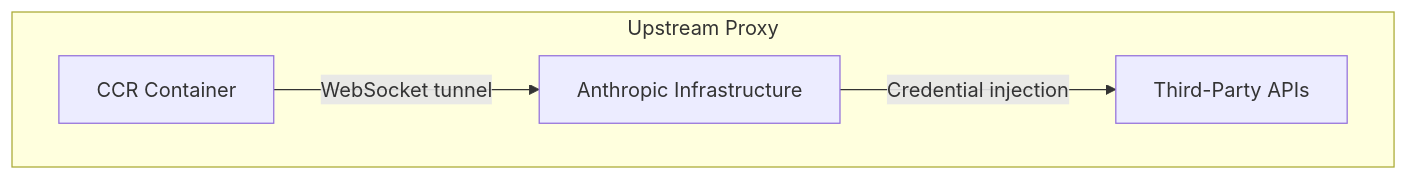
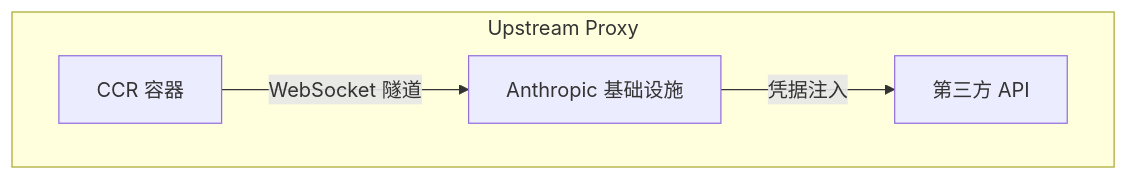
The fourth of 4 diagrams in book-zh/ch16-remote.md (quanuanc/claude-code-from-source), drawn with Mermaid before and after one commit. The commit also changed other lines of this file and 1 other file, not shown here.

````diff
--- a/book-zh/ch16-remote.md
+++ b/book-zh/ch16-remote.md
@@ -44,7 +37,7 @@
 ```mermaid
 graph TB
     subgraph "Upstream Proxy"
-        CONTAINER[CCR Container] -->|WebSocket tunnel| INFRA[Anthropic Infrastructure]
-        INFRA -->|Credential injection| UPSTREAM[Third-Party APIs]
+        CONTAINER[CCR 容器] -->|WebSocket 隧道| INFRA[Anthropic 基础设施]
+        INFRA -->|凭据注入| UPSTREAM[第三方 API]
     end
 ```
````
